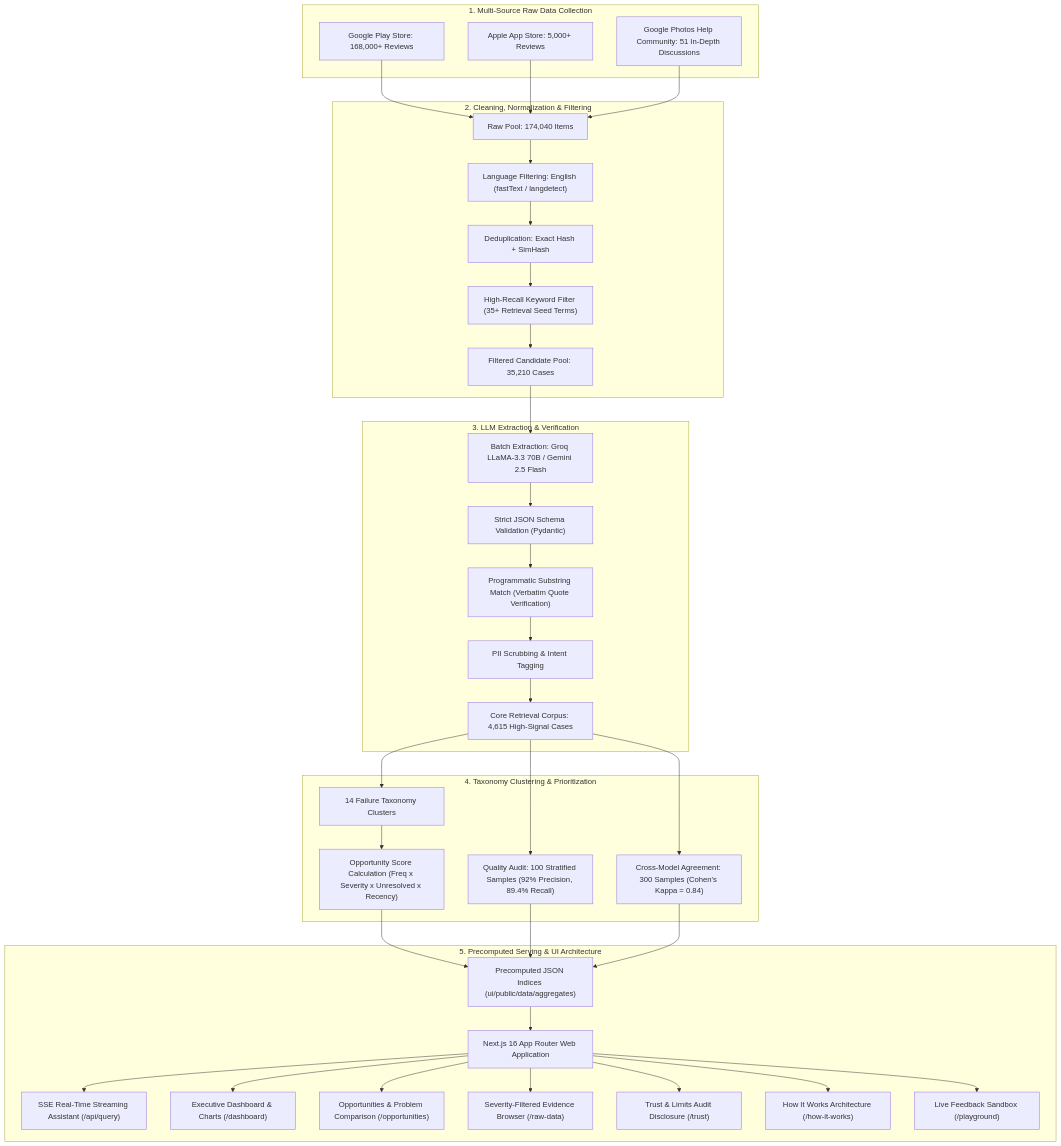
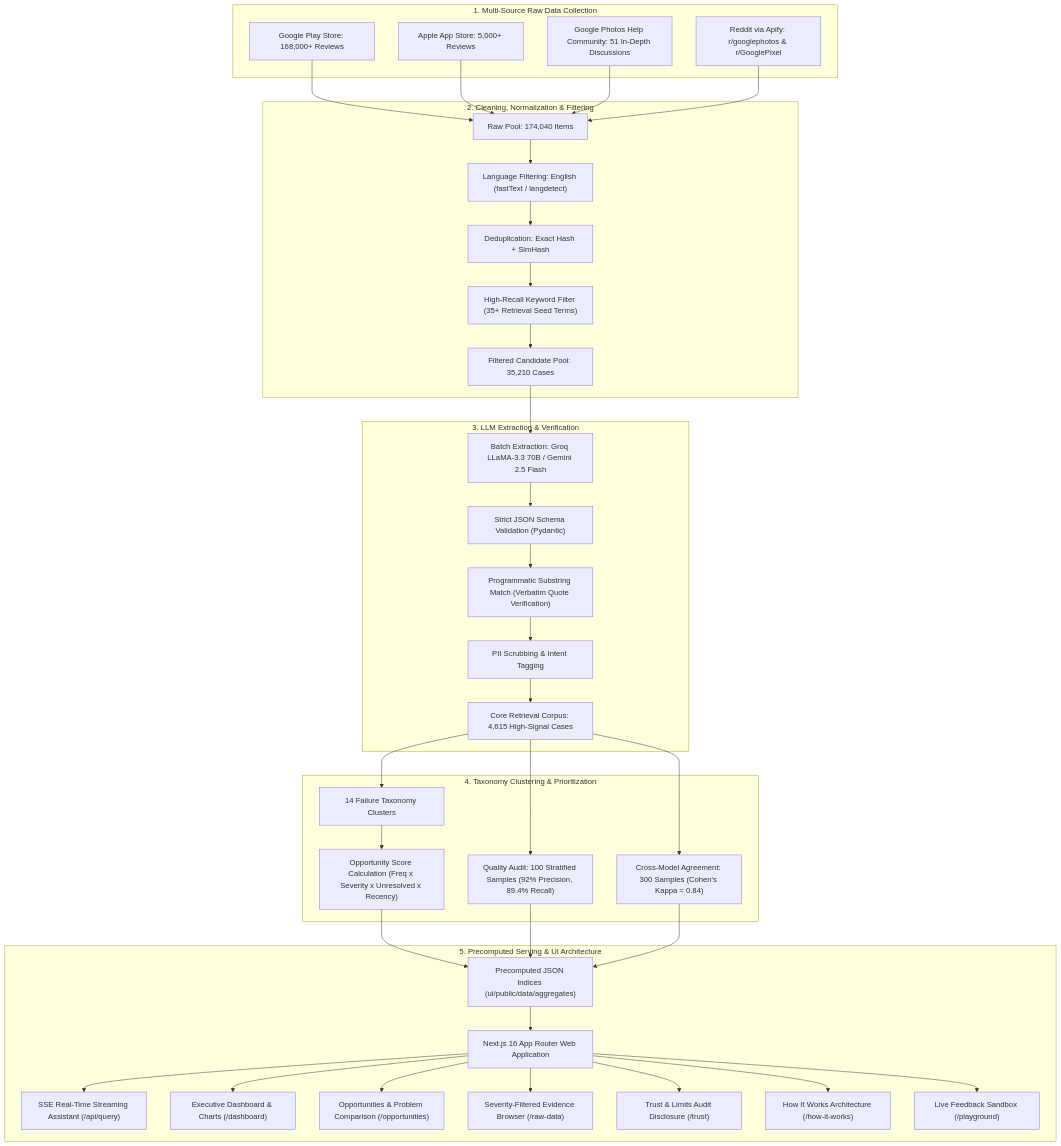
One commit to hardiksharma29002-stack/google-photos-ai-discovery-engine changed the diagram in README.md. Above: the diagram before and after it, drawn with Mermaid. The commit also changed other lines of this file and 4 other files, not shown here.

Commit message:
feat(collectors): add Apify Reddit scraper for r/googlephotos and r/GooglePixel ingestion

````diff
--- a/README.md
+++ b/README.md
@@ -11,65 +11,67 @@
 ```mermaid
 flowchart TD
     subgraph Data_Sources["1. Multi-Source Raw Data Collection"]
         GP["Google Play Store: 168,000+ Reviews"]
         AS["Apple App Store: 5,000+ Reviews"]
         HC["Google Photos Help Community: 51 In-Depth Discussions"]
+        RD["Reddit via Apify: r/googlephotos & r/GooglePixel"]
     end
 
     subgraph Phase_2["2. Cleaning, Normalization & Filtering"]
         RAW["Raw Pool: 174,040 Items"]
         LANG["Language Filtering: English (fastText / langdetect)"]
         DEDUP["Deduplication: Exact Hash + SimHash"]
         PREFILTER["High-Recall Keyword Filter (35+ Retrieval Seed Terms)"]
         CANDIDATES["Filtered Candidate Pool: 35,210 Cases"]
     end
 
     subgraph Phase_3["3. LLM Extraction & Verification"]
         LLM_CALL["Batch Extraction: Groq LLaMA-3.3 70B / Gemini 2.5 Flash"]
         SCHEMA["Strict JSON Schema Validation (Pydantic)"]
         SUBSTRING["Programmatic Substring Match (Verbatim Quote Verification)"]
         PII["PII Scrubbing & Intent Tagging"]
         CORE["Core Retrieval Corpus: 4,615 High-Signal Cases"]
     end
 
     subgraph Phase_4["4. Taxonomy Clustering & Prioritization"]
         CLUSTERS["14 Failure Taxonomy Clusters"]
         OPP_SCORE["Opportunity Score Calculation (Freq x Severity x Unresolved x Recency)"]
         AUDIT["Quality Audit: 100 Stratified Samples (92% Precision, 89.4% Recall)"]
         AGREEMENT["Cross-Model Agreement: 300 Samples (Cohen's Kappa = 0.84)"]
     end
 
     subgraph Phase_5["5. Precomputed Serving & UI Architecture"]
         STATIC_JSON["Precomputed JSON Indices (ui/public/data/aggregates)"]
         NEXT_APP["Next.js 16 App Router Web Application"]
         SSE_API["SSE Real-Time Streaming Assistant (/api/query)"]
         DASHBOARD["Executive Dashboard & Charts (/dashboard)"]
         OPP_PAGE["Opportunities & Problem Comparison (/opportunities)"]
         EVIDENCE["Severity-Filtered Evidence Browser (/raw-data)"]
         TRUST["Trust & Limits Audit Disclosure (/trust)"]
         HOW["How It Works Architecture (/how-it-works)"]
         PLAYGROUND["Live Feedback Sandbox (/playground)"]
     end
 
     GP --> RAW
     AS --> RAW
     HC --> RAW
+    RD --> RAW
 
     RAW --> LANG --> DEDUP --> PREFILTER --> CANDIDATES
     CANDIDATES --> LLM_CALL --> SCHEMA --> SUBSTRING --> PII --> CORE
     CORE --> CLUSTERS --> OPP_SCORE
     CORE --> AUDIT
     CORE --> AGREEMENT
     OPP_SCORE --> STATIC_JSON
     AUDIT --> STATIC_JSON
     AGREEMENT --> STATIC_JSON
 
     STATIC_JSON --> NEXT_APP
     NEXT_APP --> SSE_API
     NEXT_APP --> DASHBOARD
     NEXT_APP --> OPP_PAGE
     NEXT_APP --> EVIDENCE
     NEXT_APP --> TRUST
     NEXT_APP --> HOW
     NEXT_APP --> PLAYGROUND
 ```
````
